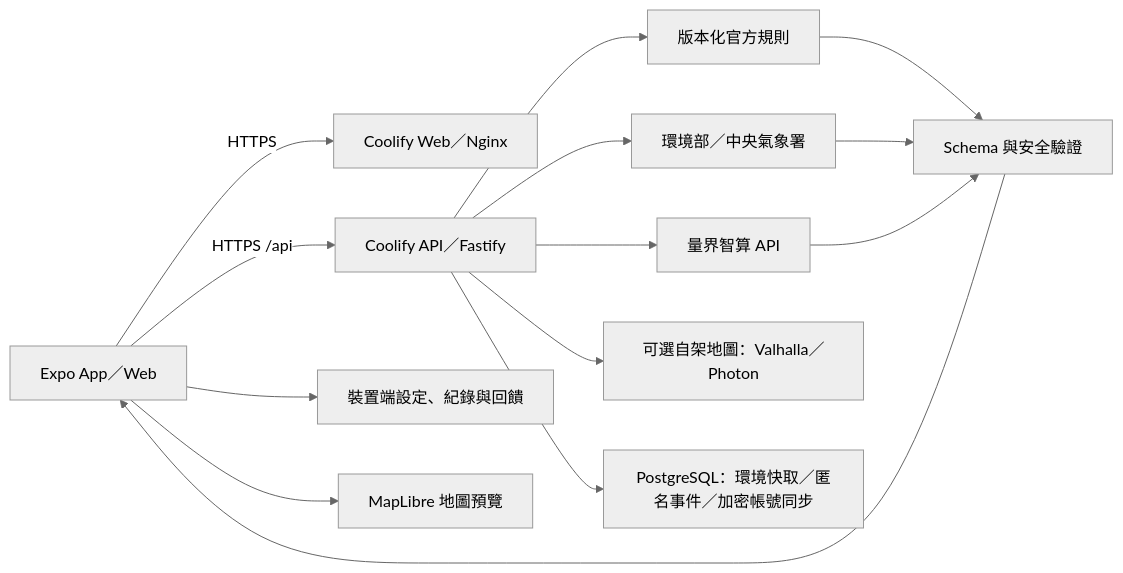
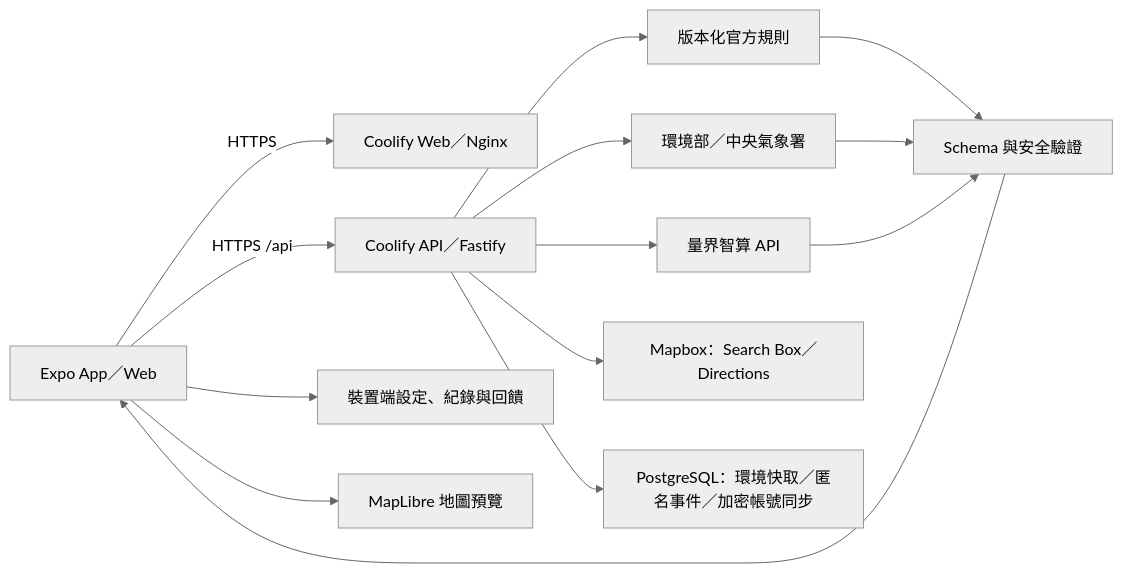
Before and after one commit to Sutdents-Project-Hub/AirMe: the diagram in README.md, drawn with Mermaid (neutral theme). The commit also changed other lines of this file and 29 other files, not shown here.

````diff
--- a/README.md
+++ b/README.md
@@ -55,16 +55,16 @@
 ```mermaid
 flowchart LR
   U["Expo App／Web"] -->|"HTTPS"| W["Coolify Web／Nginx"]
   U -->|"HTTPS /api"| F["Coolify API／Fastify"]
   F --> R["版本化官方規則"]
   F --> E["環境部／中央氣象署"]
   F --> A["量界智算 API"]
-  F --> M["可選自架地圖：Valhalla／Photon"]
+  F --> M["Mapbox：Search Box／Directions"]
   F --> P["PostgreSQL：環境快取／匿名事件／加密帳號同步"]
   R --> V["Schema 與安全驗證"]
   E --> V
   A --> V
   V --> U
   U --> L["裝置端設定、紀錄與回饋"]
   U --> G["MapLibre 地圖預覽"]
 ```
````
